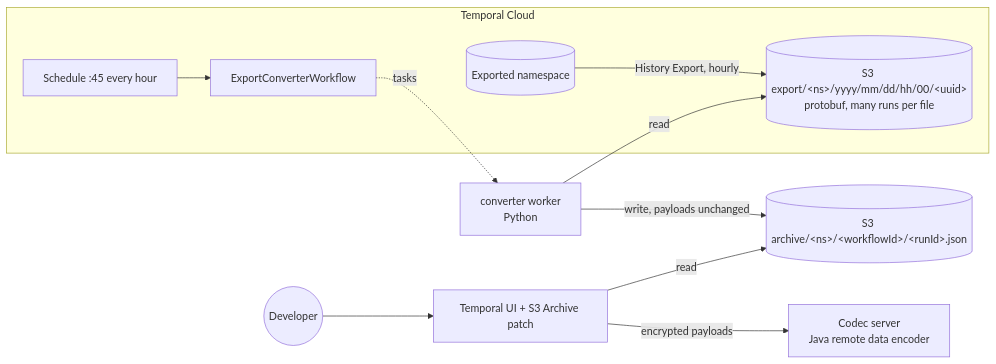
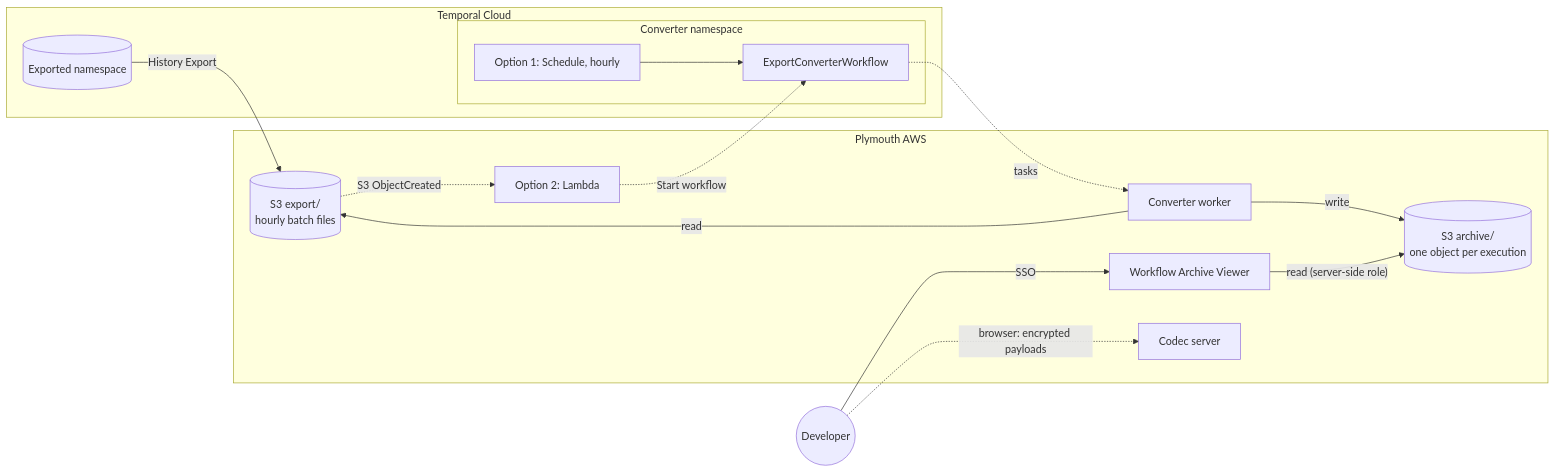
The first of 4 diagrams in s3-archive/README.md (technoidentity-kuncha/temporal-cloud-elk-kit), drawn with Mermaid before and after one commit. The commit also changed other lines of this file, not shown here.

Commit message:
docs: clarify archive viewer setup and trigger options

````diff
--- a/s3-archive/README.md
+++ b/s3-archive/README.md
@@ -5,14 +11,26 @@
 ```mermaid
 flowchart LR
   subgraph Cloud[Temporal Cloud]
-    NS[(Exported namespace)] -- History Export, hourly --> EXP
-    SCH[Schedule :45 every hour] --> WF[ExportConverterWorkflow]
+    NS[(Exported namespace)]
+    subgraph CNS[Converter namespace]
+      SCH["Option 1: Schedule, hourly"] --> WF[ExportConverterWorkflow]
+    end
   end
-  EXP[(S3 export/&lt;ns&gt;/yyyy/mm/dd/hh/00/&lt;uuid&gt;<br/>protobuf, many runs per file)]
-  WF -. tasks .-> W[converter worker<br/>Python]
+  subgraph AWS[Plymouth AWS]
+    EXP[("S3 export/<br/>hourly batch files")]
+    L["Option 2: Lambda"]
+    W[Converter worker]
+    ARC[("S3 archive/<br/>one object per execution")]
+    V["Workflow Archive Viewer"]
+    CS[Codec server]
+  end
+  NS -- "History Export" --> EXP
+  EXP -. "S3 ObjectCreated" .-> L
+  L -. "Start workflow" .-> WF
+  WF -. tasks .-> W
   W -- read --> EXP
-  W -- write, payloads unchanged --> ARC[(S3 archive/&lt;ns&gt;/&lt;workflowId&gt;/&lt;runId&gt;.json)]
-  UI[Temporal UI + S3 Archive patch] -- read --> ARC
-  Dev((Developer)) --> UI
-  UI -- encrypted payloads --> CS[Codec server<br/>Java remote data encoder]
+  W -- write --> ARC
+  V -- "read (server-side role)" --> ARC
+  Dev((Developer)) -- SSO --> V
+  Dev -. "browser: encrypted payloads" .-> CS
 ```
````
